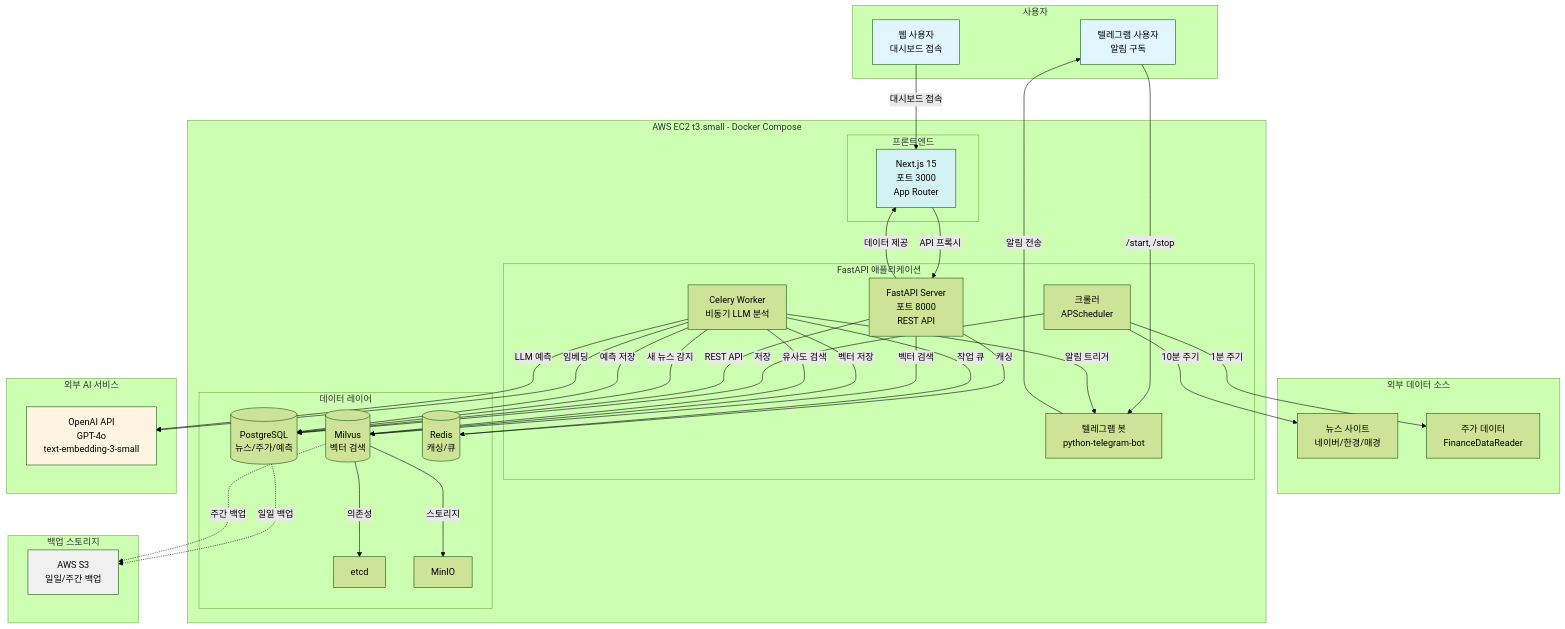
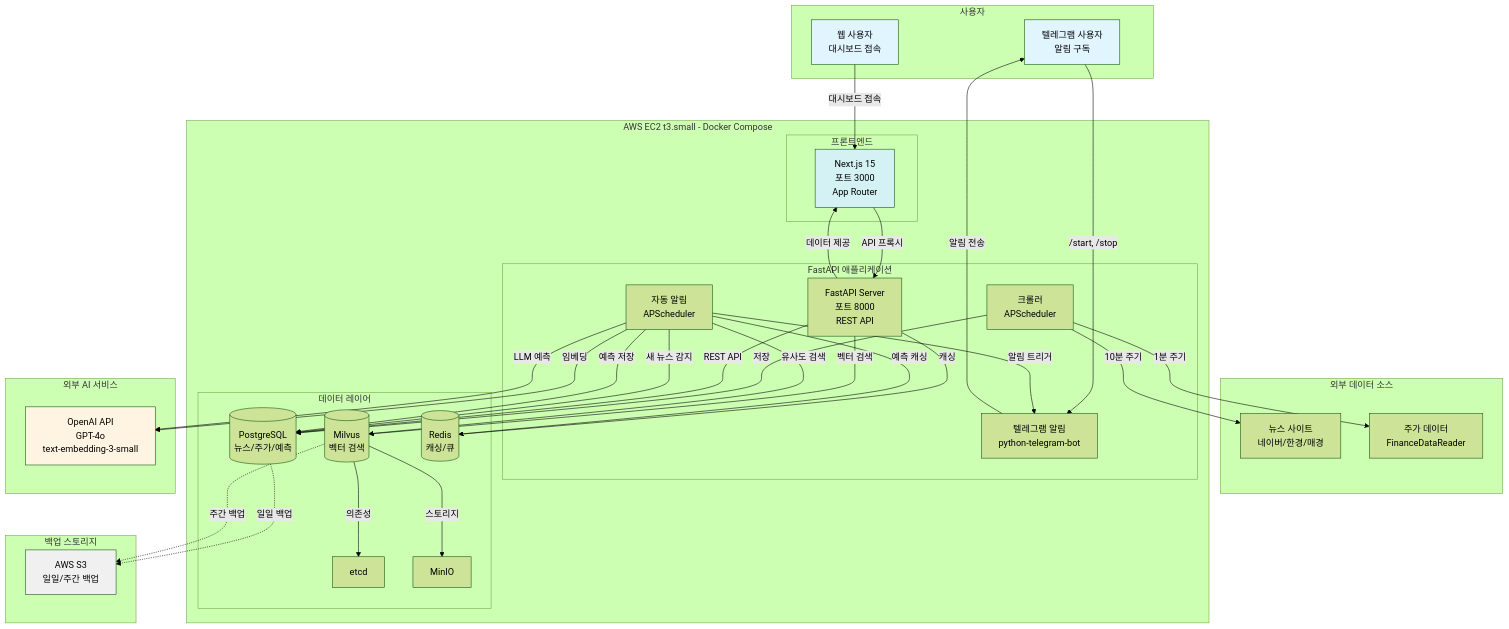
One commit to atototo/craveny changed the first of 3 diagrams in docs/architecture.md. Above: the diagram before and after it, drawn with Mermaid (forest theme). The commit also changed other lines of this file, not shown here.

First line of the commit message:
docs(architecture): 실제 구현 기반 컴포넌트 및 시스템 플로우 업데이트

````diff
--- a/docs/architecture.md
+++ b/docs/architecture.md
@@ -122,77 +122,76 @@
 ```mermaid
 graph TB
     subgraph "사용자"
         WEB_USER[웹 사용자<br/>대시보드 접속]
         TEL_USER[텔레그램 사용자<br/>알림 구독]
     end
 
     subgraph "외부 데이터 소스"
         NEWS[뉴스 사이트<br/>네이버/한경/매경]
         STOCK[주가 데이터<br/>FinanceDataReader]
     end
 
     subgraph "AWS EC2 t3.small - Docker Compose"
         subgraph "프론트엔드"
             NEXTJS[Next.js 15<br/>포트 3000<br/>App Router]
         end
 
         subgraph "FastAPI 애플리케이션"
             API[FastAPI Server<br/>포트 8000<br/>REST API]
             CRAWLER[크롤러<br/>APScheduler]
-            CELERY[Celery Worker<br/>비동기 LLM 분석]
-            BOT[텔레그램 봇<br/>python-telegram-bot]
+            AUTO_NOTIFY[자동 알림<br/>APScheduler]
+            BOT[텔레그램 알림<br/>python-telegram-bot]
         end
 
         subgraph "데이터 레이어"
             PG[(PostgreSQL<br/>뉴스/주가/예측)]
             MILVUS[(Milvus<br/>벡터 검색)]
             REDIS[(Redis<br/>캐싱/큐)]
             ETCD[etcd]
             MINIO[MinIO]
         end
     end
 
     subgraph "외부 AI 서비스"
         OPENAI[OpenAI API<br/>GPT-4o<br/>text-embedding-3-small]
     end
 
     subgraph "백업 스토리지"
         S3[AWS S3<br/>일일/주간 백업]
     end
 
     WEB_USER -->|대시보드 접속| NEXTJS
     NEXTJS -->|API 프록시| API
     API -->|데이터 제공| NEXTJS
 
     TEL_USER -->|/start, /stop| BOT
     BOT -->|알림 전송| TEL_USER
 
     CRAWLER -->|10분 주기| NEWS
     CRAWLER -->|1분 주기| STOCK
     CRAWLER -->|저장| PG
 
     API -->|REST API| PG
     API -->|벡터 검색| MILVUS
     API -->|캐싱| REDIS
 
-    CELERY -->|새 뉴스 감지| PG
-    CELERY -->|임베딩| OPENAI
-    CELERY -->|벡터 저장| MILVUS
-    CELERY -->|유사도 검색| MILVUS
-    CELERY -->|LLM 예측| OPENAI
-    CELERY -->|예측 저장| PG
-    CELERY -->|알림 트리거| BOT
-    CELERY -->|작업 큐| REDIS
+    AUTO_NOTIFY -->|새 뉴스 감지| PG
+    AUTO_NOTIFY -->|유사도 검색| MILVUS
+    AUTO_NOTIFY -->|임베딩| OPENAI
+    AUTO_NOTIFY -->|LLM 예측| OPENAI
+    AUTO_NOTIFY -->|예측 캐싱| REDIS
+    AUTO_NOTIFY -->|예측 저장| PG
+    AUTO_NOTIFY -->|알림 트리거| BOT
 
     MILVUS -->|의존성| ETCD
     MILVUS -->|스토리지| MINIO
 
     PG -.->|일일 백업| S3
     MILVUS -.->|주간 백업| S3
 
     style WEB_USER fill:#e1f5ff
     style TEL_USER fill:#e1f5ff
     style NEXTJS fill:#d4f1f4
     style OPENAI fill:#fff4e1
     style S3 fill:#f0f0f0
 ```
````
